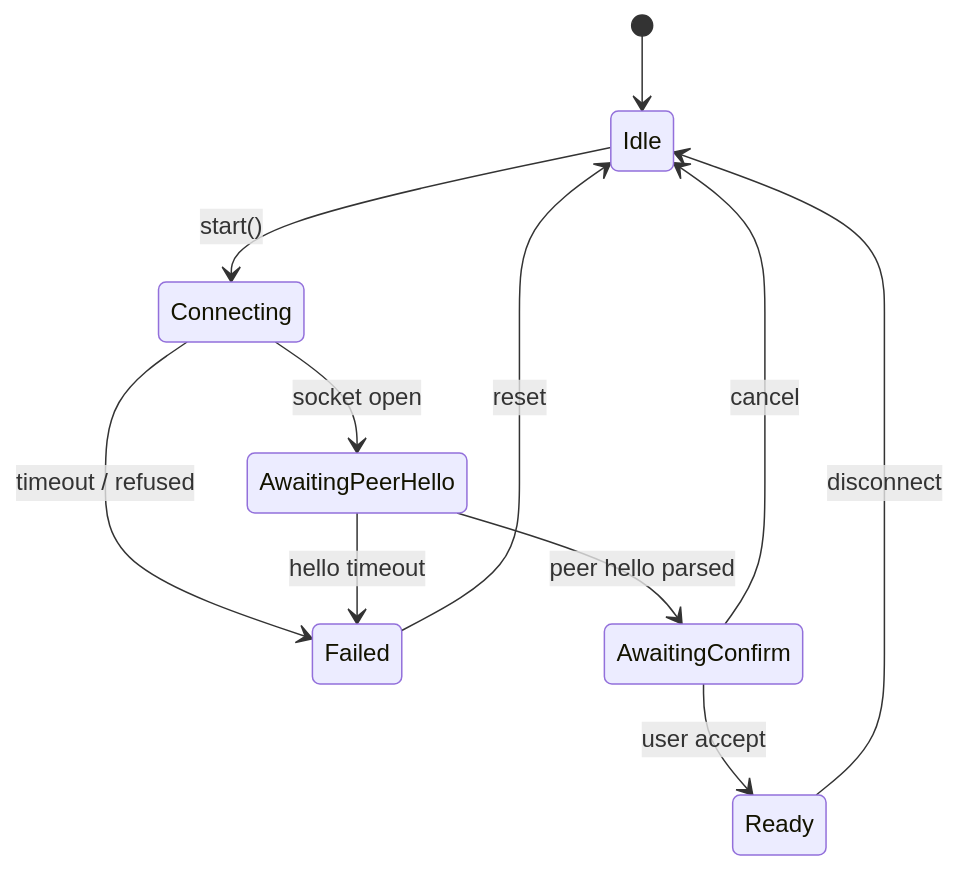
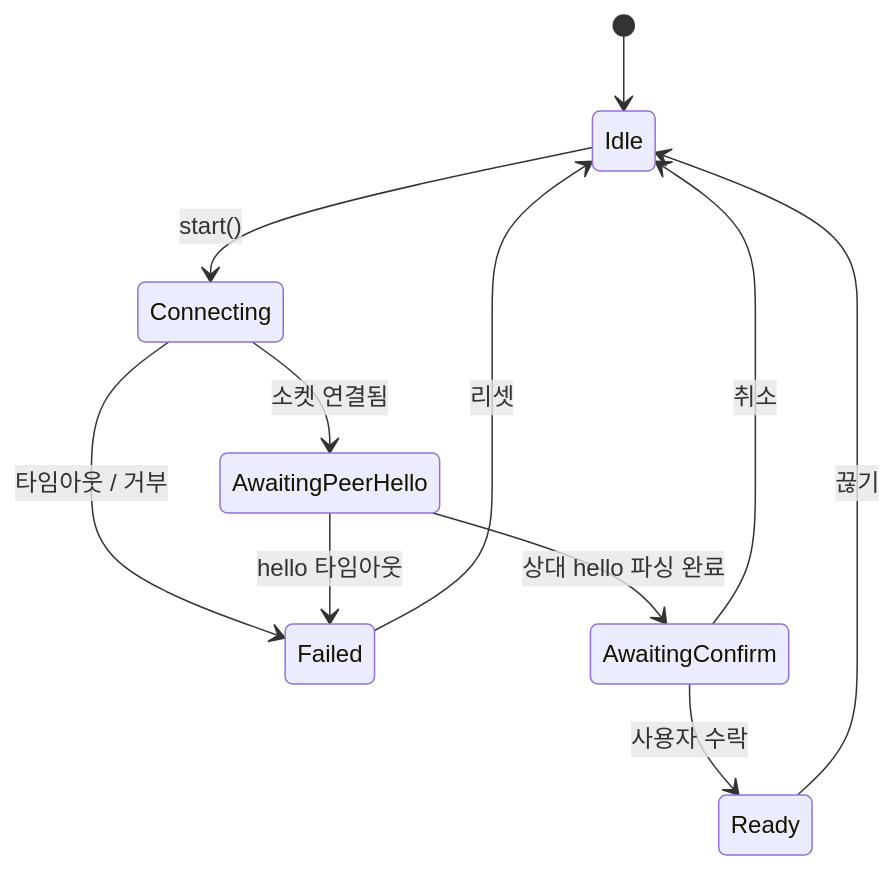
The fourth of 4 diagrams in android-remote/README.md (dnr6419/paperclip), drawn with Mermaid before and after one commit. The commit also changed other lines of this file, not shown here.

````diff
--- a/android-remote/README.md
+++ b/android-remote/README.md
@@ -133,13 +130,13 @@
 ```mermaid
 stateDiagram-v2
     [*] --> Idle
     Idle --> Connecting: start()
-    Connecting --> AwaitingPeerHello: socket open
-    Connecting --> Failed: timeout / refused
-    AwaitingPeerHello --> AwaitingConfirm: peer hello parsed
-    AwaitingPeerHello --> Failed: hello timeout
-    AwaitingConfirm --> Ready: user accept
-    AwaitingConfirm --> Idle: cancel
-    Ready --> Idle: disconnect
-    Failed --> Idle: reset
+    Connecting --> AwaitingPeerHello: 소켓 연결됨
+    Connecting --> Failed: 타임아웃 / 거부
+    AwaitingPeerHello --> AwaitingConfirm: 상대 hello 파싱 완료
+    AwaitingPeerHello --> Failed: hello 타임아웃
+    AwaitingConfirm --> Ready: 사용자 수락
+    AwaitingConfirm --> Idle: 취소
+    Ready --> Idle: 끊기
+    Failed --> Idle: 리셋
 ```
````
